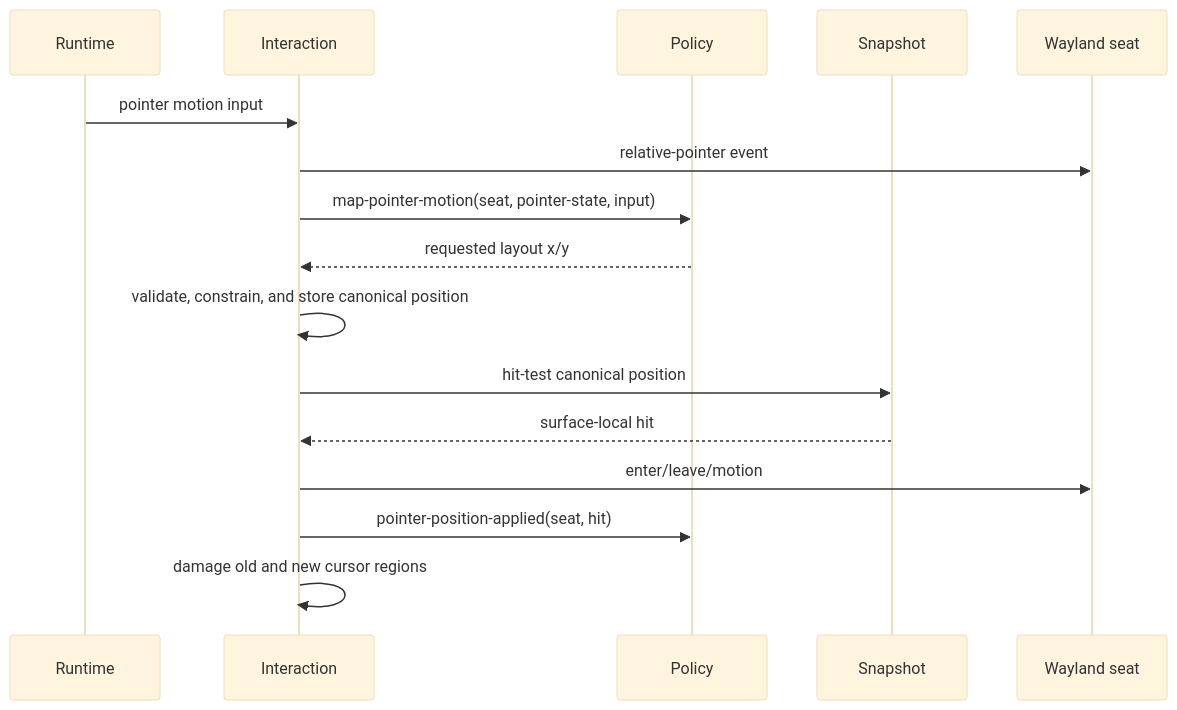
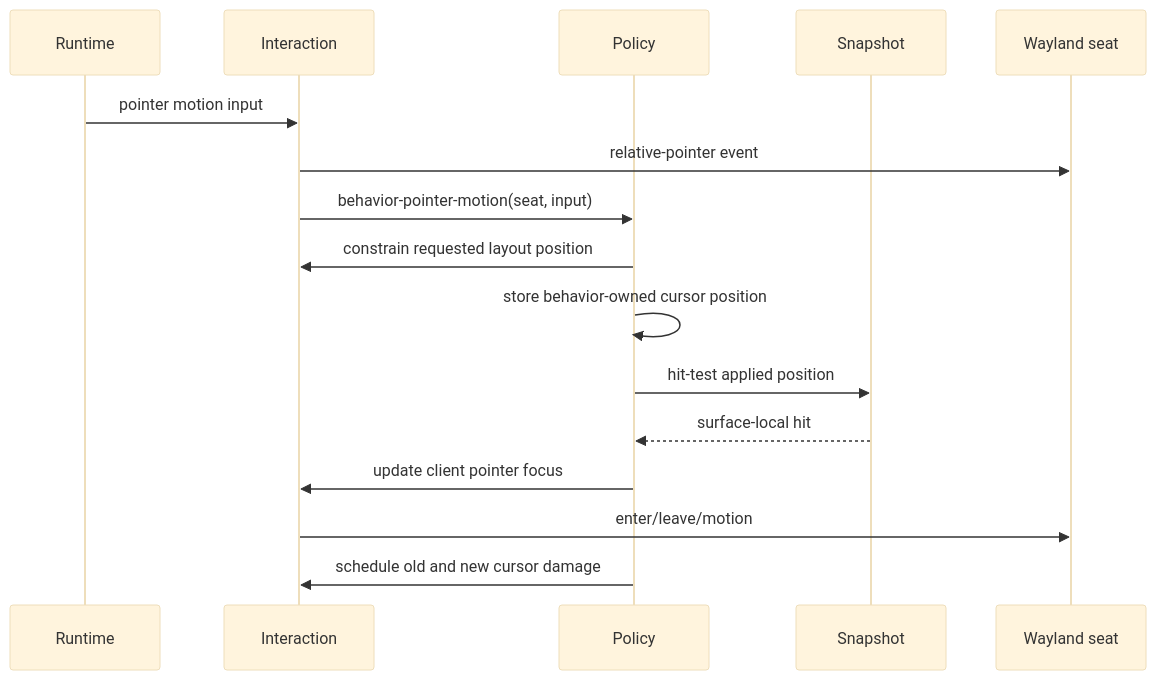
Before and after one commit to SeungheonOh/ataxia: the fourth of 6 diagrams in docs/COMPOSITOR-POLICY-DESIGN.md, drawn with Mermaid (base theme). The commit also changed other lines of this file and 1 other file, not shown here.

Commit message:
docs: align behavior ownership architecture

````diff
--- a/docs/COMPOSITOR-POLICY-DESIGN.md
+++ b/docs/COMPOSITOR-POLICY-DESIGN.md
@@ -523,19 +437,19 @@
 ```mermaid
 sequenceDiagram
     participant R as Runtime
     participant I as Interaction
     participant P as Policy
     participant S as Snapshot
     participant W as Wayland seat
 
     R->>I: pointer motion input
     I->>W: relative-pointer event
-    I->>P: map-pointer-motion(seat, pointer-state, input)
-    P-->>I: requested layout x/y
-    I->>I: validate, constrain, and store canonical position
-    I->>S: hit-test canonical position
-    S-->>I: surface-local hit
+    I->>P: behavior-pointer-motion(seat, input)
+    P->>I: constrain requested layout position
+    P->>P: store behavior-owned cursor position
+    P->>S: hit-test applied position
+    S-->>P: surface-local hit
+    P->>I: update client pointer focus
     I->>W: enter/leave/motion
-    I->>P: pointer-position-applied(seat, hit)
-    I->>I: damage old and new cursor regions
+    P->>I: schedule old and new cursor damage
 ```
````
